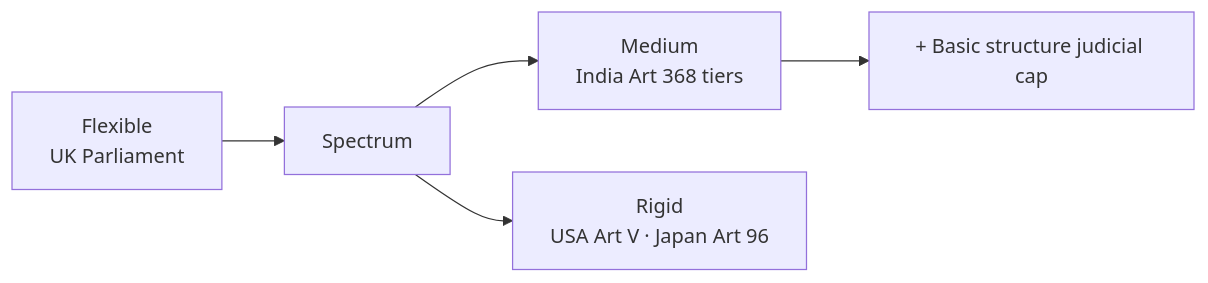
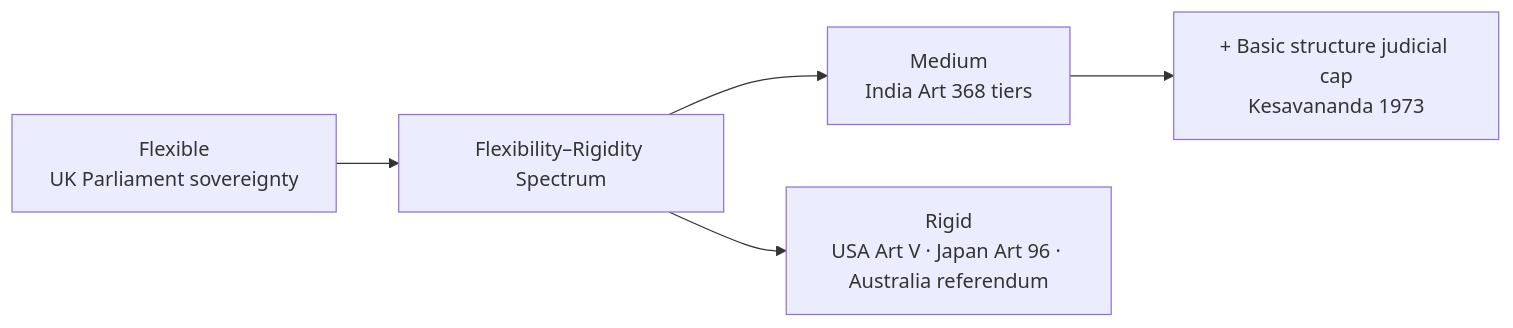
Before and after one commit to nitishpratap/UP-PCS: the diagram in mains-pyqs/GS-2/Polity_Constitution/05_Indian_Constitution_Comparative_Democracies.md, drawn with Mermaid. The commit also changed other lines of this file and 97 other files, not shown here.

````diff
--- a/mains-pyqs/GS-2/Polity_Constitution/05_Indian_Constitution_Comparative_Democracies.md
+++ b/mains-pyqs/GS-2/Polity_Constitution/05_Indian_Constitution_Comparative_Democracies.md
@@ -120,7 +128,7 @@
 ```mermaid
 flowchart LR
-  F[Flexible<br/>UK Parliament] --> S[Spectrum]
+  F[Flexible<br/>UK Parliament sovereignty] --> S[Flexibility–Rigidity Spectrum]
   S --> M[Medium<br/>India Art 368 tiers]
-  S --> R[Rigid<br/>USA Art V · Japan Art 96]
-  M --> B[+ Basic structure judicial cap]
+  S --> R[Rigid<br/>USA Art V · Japan Art 96 · Australia referendum]
+  M --> B[+ Basic structure judicial cap<br/>Kesavananda 1973]
 ```
````
